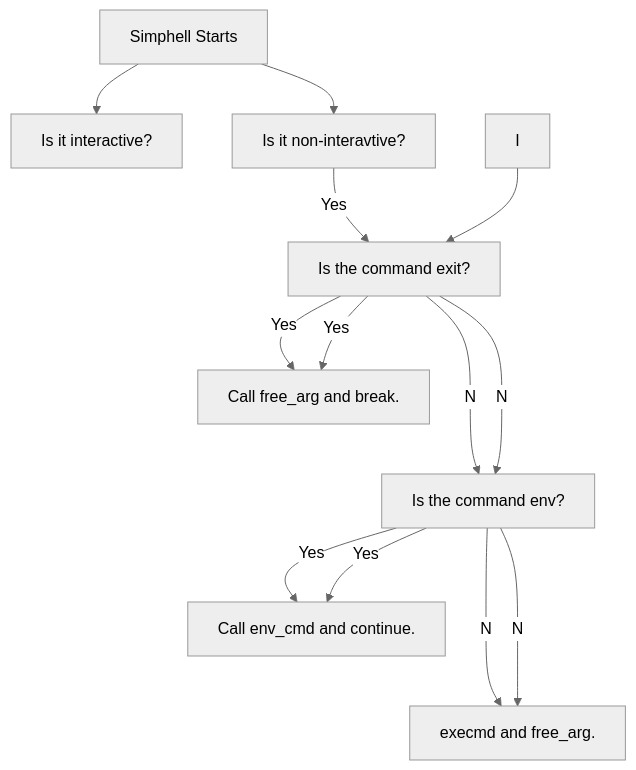
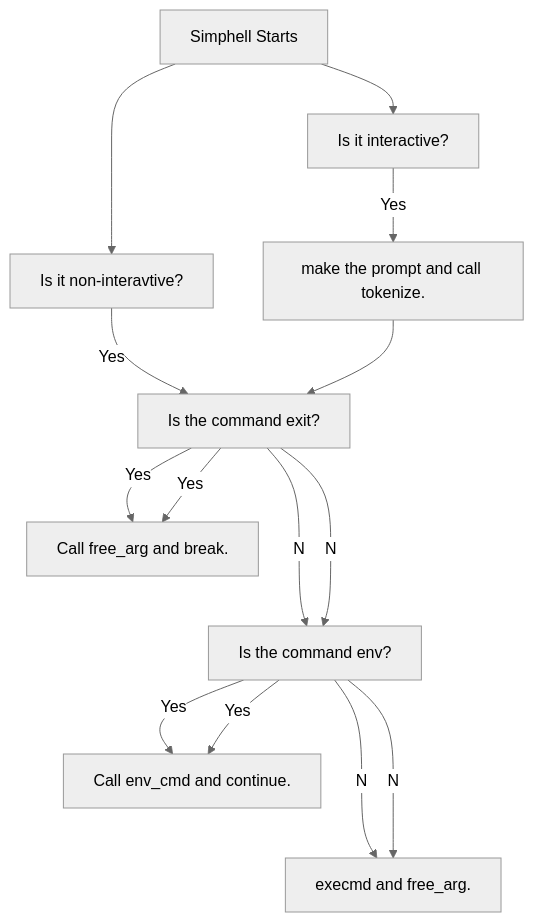
Before and after one commit to LeeWest89/MySuperRepo: the diagram in README.md, drawn with Mermaid (neutral theme).

````diff
--- a/README.md
+++ b/README.md
@@ -2,15 +2,16 @@
 ```mermaid
 flowchart TD;
   A[Simphell Starts]-->B[Is it interactive?];
   A-->C[Is it non-interavtive?];
   C--Yes-->D[Is the command exit?];
   D--Yes-->E[Call free_arg and break.];
   D--No-->F[Is the command env?];
   F--Yes-->G[Call env_cmd and continue.];
   F--No-->H[execmd and free_arg.];
+  B--Yes-->I[make the prompt and call tokenize.];
   I-->D;
   D--Yes-->E;
   D--No-->F;
   F--Yes-->G;
   F--No-->H
 ```
````
